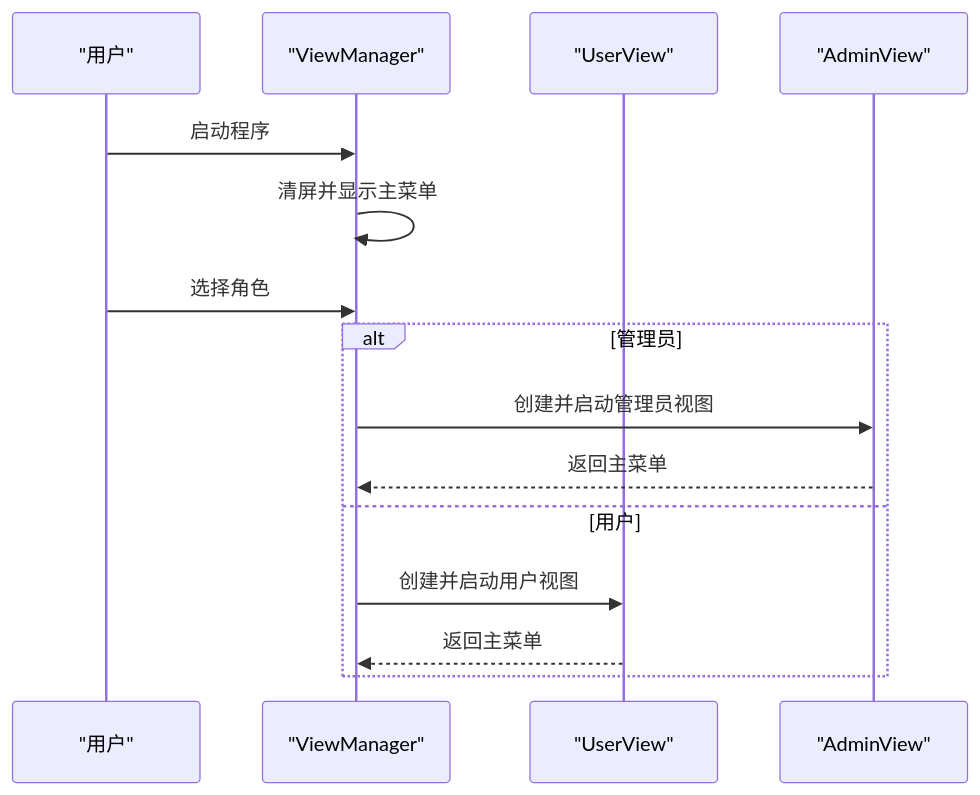
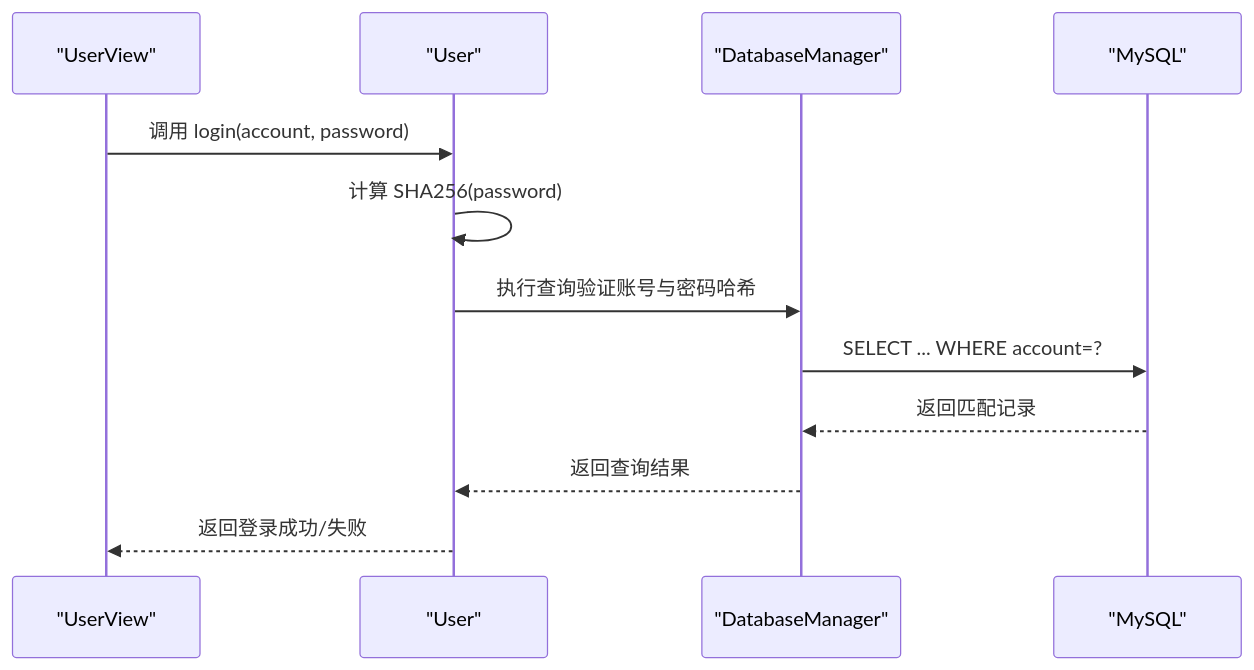
One commit to jinpeng900/OJ-Test changed the third of 8 diagrams in .qoder/repowiki/zh/content/项目概述.md. Above: the diagram before and after it, drawn with Mermaid. The commit also changed other lines of this file and 147 other files, not shown here.

````diff
--- a/.qoder/repowiki/zh/content/项目概述.md
+++ b/.qoder/repowiki/zh/content/项目概述.md
@@ -199,17 +213,14 @@
 ```mermaid
 sequenceDiagram
-participant User as "用户"
-participant VM as "ViewManager"
 participant UV as "UserView"
-participant AV as "AdminView"
-User->>VM : 启动程序
-VM->>VM : 清屏并显示主菜单
-User->>VM : 选择角色
-alt 管理员
-VM->>AV : 创建并启动管理员视图
-AV-->>VM : 返回主菜单
-else 用户
-VM->>UV : 创建并启动用户视图
-UV-->>VM : 返回主菜单
-end
+participant U as "User"
+participant DBM as "DatabaseManager"
+participant MYSQL as "MySQL"
+UV->>U : 调用 login(account, password)
+U->>U : 计算 SHA256(password)
+U->>DBM : 执行查询验证账号与密码哈希
+DBM->>MYSQL : SELECT ... WHERE account=?
+MYSQL-->>DBM : 返回匹配记录
+DBM-->>U : 返回查询结果
+U-->>UV : 返回登录成功/失败
 ```
````
